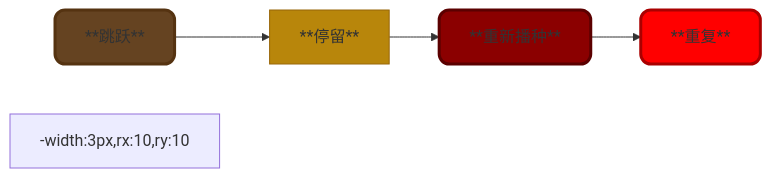
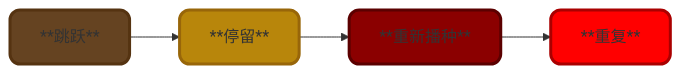
The second of 2 diagrams in README-CH.md (patwooky/fpsr), drawn with Mermaid before and after one commit. The commit also changed other lines of this file and 1 other file, not shown here.

Commit message:
updated readme.md and readme-ch.md, correcting an error in the mermaid code for jump, hold, reseed, repeat

````diff
--- a/README-CH.md
+++ b/README-CH.md
@@ -207,11 +207,10 @@
 ```mermaid
 graph LR
   A[**跳跃**]:::darkBrown --> B[**停留**]:::darkYellow 
   B --> C[**重新播种**]:::darkRed --> D[**重复**]:::red
 
 classDef darkBrown fill:#654321,stroke:#553311,stroke-width:3px,rx:10,ry:10;
-classDef darkYellow fill:#B8860B,stroke:#986609,stroke*FPS-R: Behaviour Compositional Structure*
--width:3px,rx:10,ry:10;
+classDef darkYellow fill:#B8860B,stroke:#986609,stroke-width:3px,rx:10,ry:10;
 classDef darkRed fill:#8B0000,stroke:#5B0000,stroke-width:3px,rx:10,ry:10;
 classDef red fill:#FF0000,stroke:#AA0000,stroke-width:3px,rx:10,ry:10;
 ``` 
````
